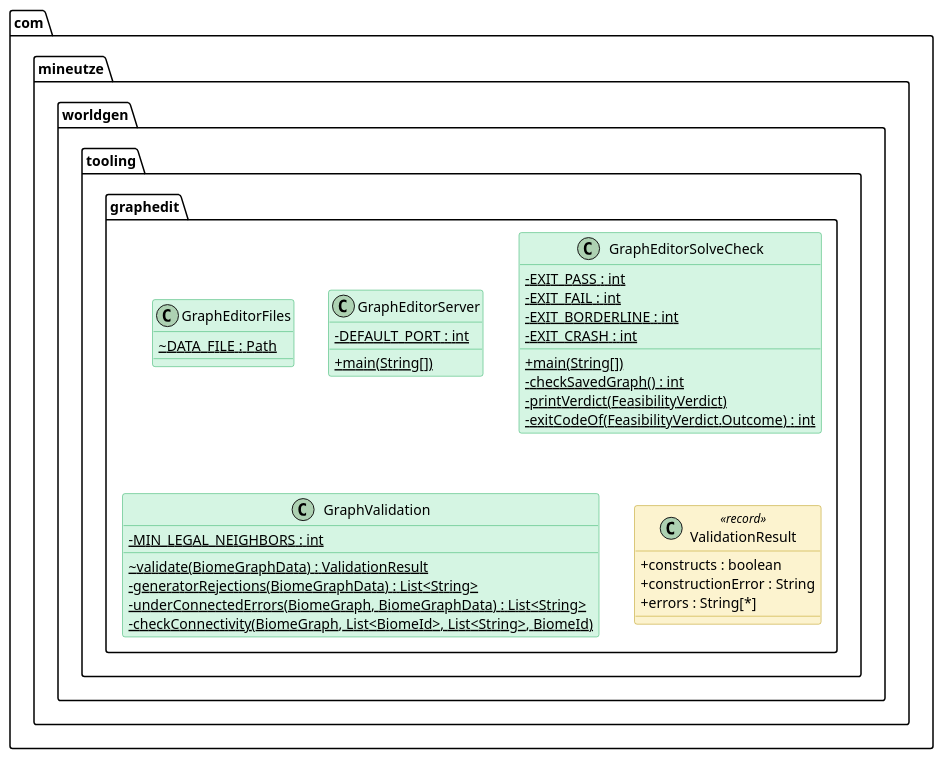
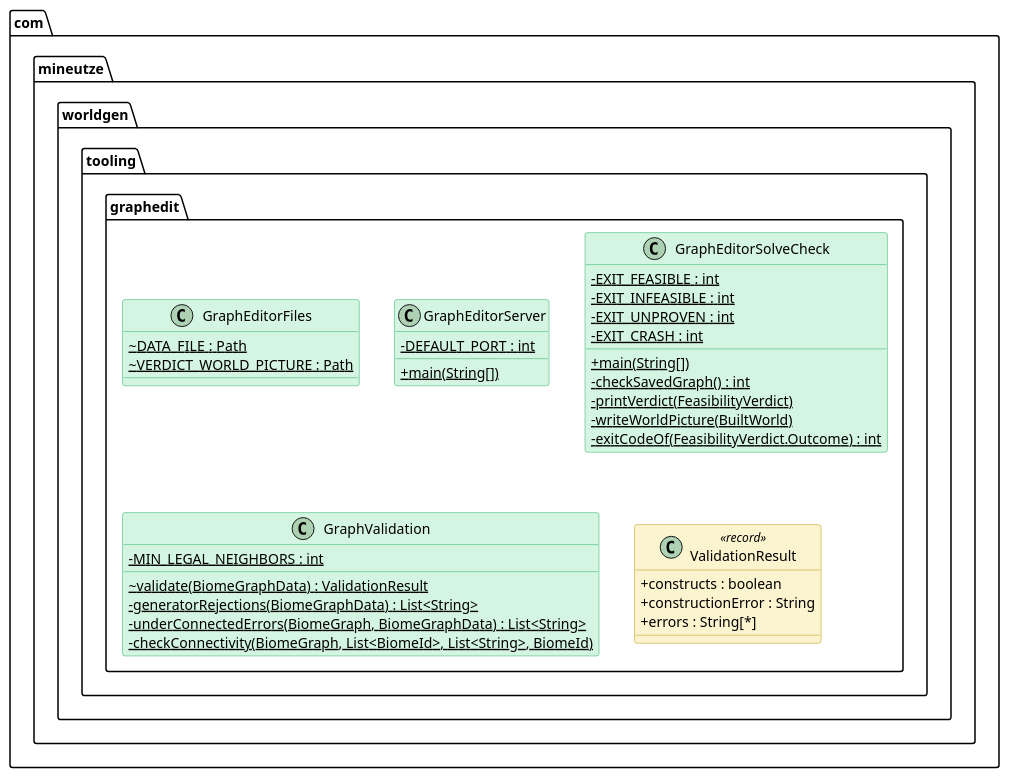
The diagram in companion-mods/mineutze-worldgen/doc/Modelisation/Packages/graphedit.puml (Boulede987/Mine-Utz), drawn with PlantUML before and after one commit. The commit also changed 96 other files, not shown here.

First line of the commit message:
docs(worldgen): regenerate class diagrams for the proof-based verdict

```diff
--- a/companion-mods/mineutze-worldgen/doc/Modelisation/Packages/graphedit.puml
+++ b/companion-mods/mineutze-worldgen/doc/Modelisation/Packages/graphedit.puml
@@ -1,69 +1,71 @@
 @startuml graphedit
 
 skinparam classAttributeIconSize 0
 skinparam shadowing false
 
 skinparam class {
   BackgroundColor<<interface>> #D6EAF8
   BorderColor<<interface>> #2E86C1
 }
 skinparam class {
   BackgroundColor<<abstract>> #E8DAEF
   BorderColor<<abstract>> #8E44AD
 }
 skinparam class {
   BackgroundColor #D5F5E3
   BorderColor #27AE60
 }
 skinparam class {
   BackgroundColor<<record>> #FCF3CF
   BorderColor<<record>> #B7950B
 }
 skinparam class {
   BackgroundColor<<static>> #a7faa0
   BorderColor<<static>> #38d610
 }
 skinparam class {
   BackgroundColor<<enum>> #F5B7B1
   BorderColor<<enum>> #C0392B
 }
 
 skinparam class {
   BackgroundColor<<external>> #EAECEE
   BorderColor<<external>> #839192
 }
 
 namespace com.mineutze.worldgen.tooling.graphedit {
 class GraphEditorFiles {
   ~ {static} DATA_FILE : Path
+  ~ {static} VERDICT_WORLD_PICTURE : Path
 }
 class GraphEditorServer {
   - {static} DEFAULT_PORT : int
   + {static} main(String[])
 }
 class GraphEditorSolveCheck {
-  - {static} EXIT_PASS : int
-  - {static} EXIT_FAIL : int
-  - {static} EXIT_BORDERLINE : int
+  - {static} EXIT_FEASIBLE : int
+  - {static} EXIT_INFEASIBLE : int
+  - {static} EXIT_UNPROVEN : int
   - {static} EXIT_CRASH : int
   + {static} main(String[])
   - {static} checkSavedGraph() : int
   - {static} printVerdict(FeasibilityVerdict)
+  - {static} writeWorldPicture(BuiltWorld)
   - {static} exitCodeOf(FeasibilityVerdict.Outcome) : int
 }
 class GraphValidation {
   - {static} MIN_LEGAL_NEIGHBORS : int
   ~ {static} validate(BiomeGraphData) : ValidationResult
   - {static} generatorRejections(BiomeGraphData) : List<String>
   - {static} underConnectedErrors(BiomeGraph, BiomeGraphData) : List<String>
   - {static} checkConnectivity(BiomeGraph, List<BiomeId>, List<String>, BiomeId)
 }
 class ValidationResult <<record>> {
   + constructs : boolean
   + constructionError : String
   + errors : String[*]
 }
 }
 
 
 @enduml
```
